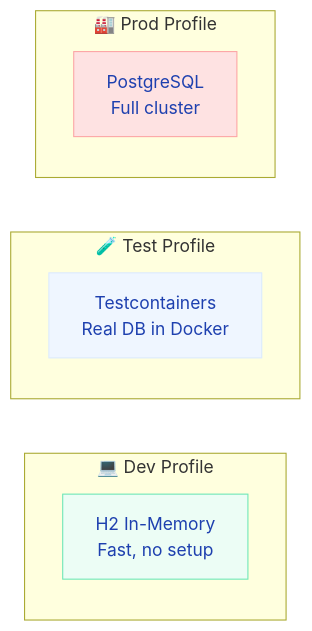
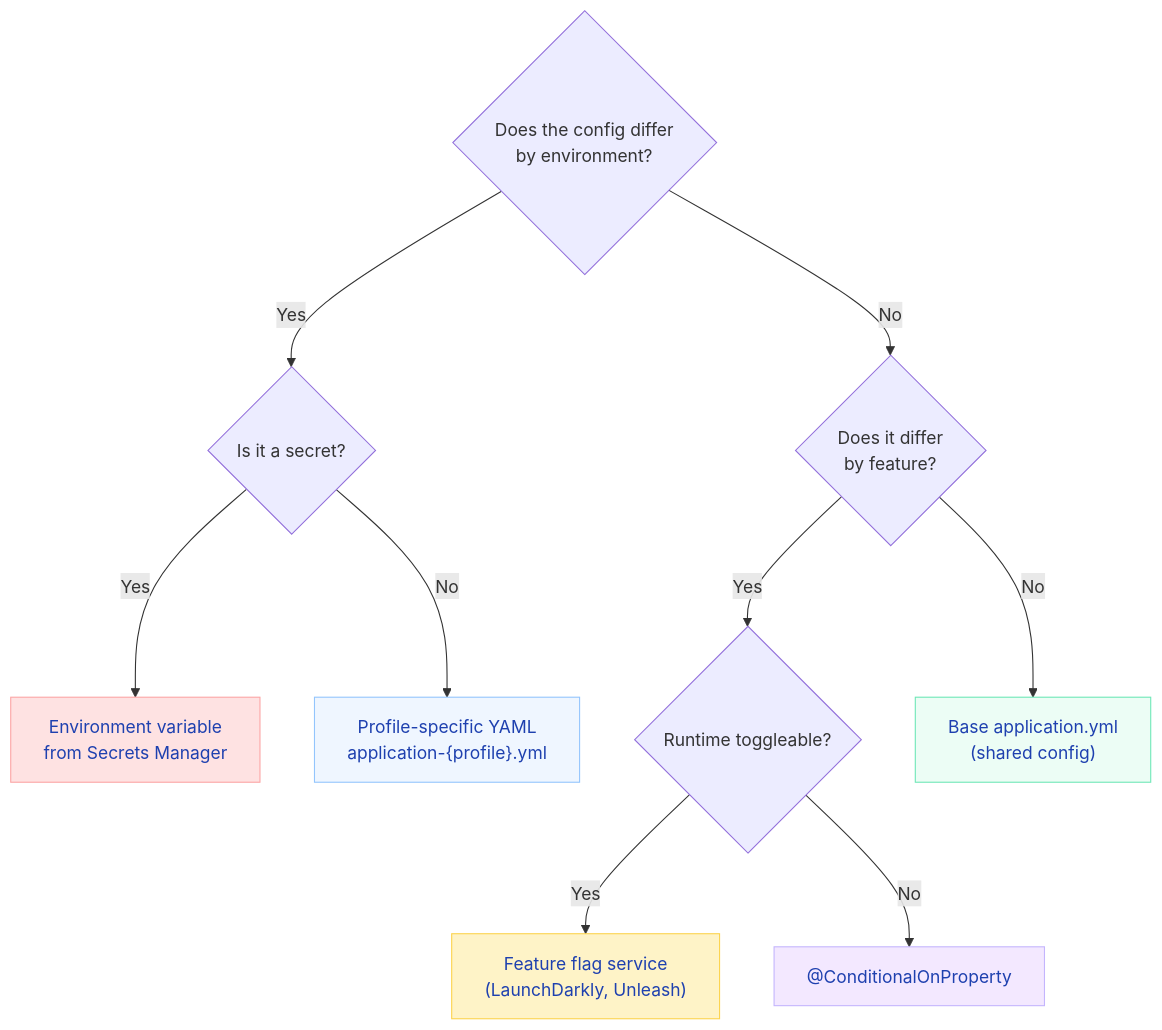
The second of 2 diagrams in docs/springboot/profiles.md (saivamsikaruturi/vamsilabs-dev-notes-main), drawn with Mermaid before and after one commit. The commit also changed other lines of this file and 21 other files, not shown here.

````diff
--- a/docs/springboot/profiles.md
+++ b/docs/springboot/profiles.md
@@ -347,16 +1238,21 @@
 ```mermaid
-flowchart LR
-    subgraph Dev["💻 Dev Profile"]
-        H2["H2 In-Memory<br/>Fast, no setup"]
-    end
-    subgraph Test["🧪 Test Profile"]
-        TC["Testcontainers<br/>Real DB in Docker"]
-    end
-    subgraph Prod["🏭 Prod Profile"]
-        PG["PostgreSQL<br/>Full cluster"]
-    end
+flowchart TD
+    Q1{"Does the config differ<br/>by environment?"}
+    Q1 -->|Yes| Q2{"Is it a secret?"}
+    Q1 -->|No| Q3{"Does it differ<br/>by feature?"}
 
-    style H2 fill:#ECFDF5,stroke:#6EE7B7,color:#1E40AF
-    style TC fill:#EFF6FF,stroke:#DBEAFE,color:#1E40AF
-    style PG fill:#FEE2E2,stroke:#FCA5A5,color:#1E40AF
+    Q2 -->|Yes| A1["Environment variable<br/>from Secrets Manager"]
+    Q2 -->|No| A2["Profile-specific YAML<br/>application-{profile}.yml"]
+
+    Q3 -->|Yes| Q4{"Runtime toggleable?"}
+    Q3 -->|No| A3["Base application.yml<br/>(shared config)"]
+
+    Q4 -->|Yes| A4["Feature flag service<br/>(LaunchDarkly, Unleash)"]
+    Q4 -->|No| A5["@ConditionalOnProperty"]
+
+    style A1 fill:#FEE2E2,stroke:#FCA5A5,color:#1E40AF
+    style A2 fill:#EFF6FF,stroke:#93C5FD,color:#1E40AF
+    style A3 fill:#ECFDF5,stroke:#6EE7B7,color:#1E40AF
+    style A4 fill:#FEF3C7,stroke:#FCD34D,color:#1E40AF
+    style A5 fill:#F3E8FF,stroke:#C4B5FD,color:#1E40AF
 ```
````
